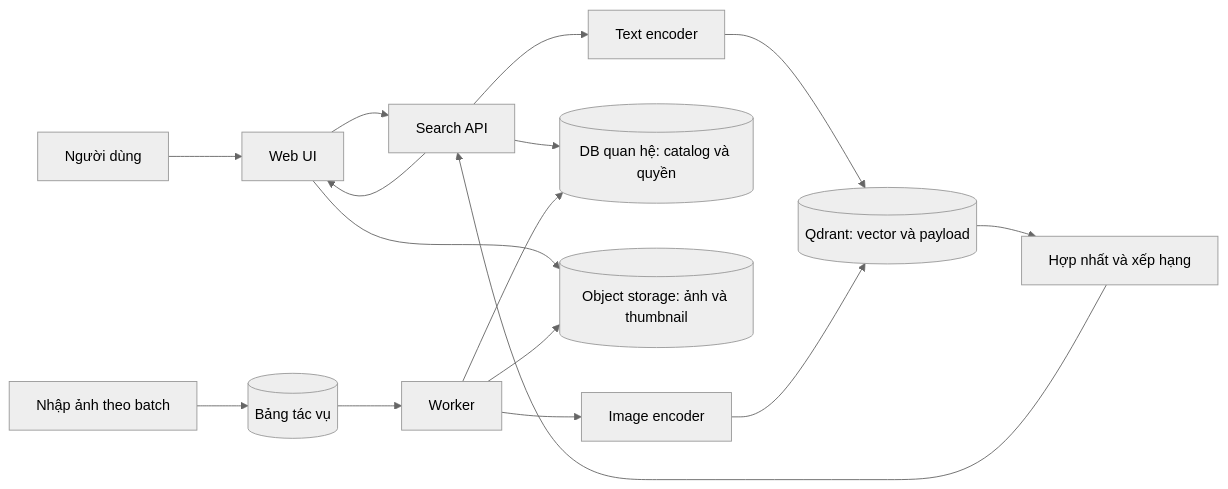
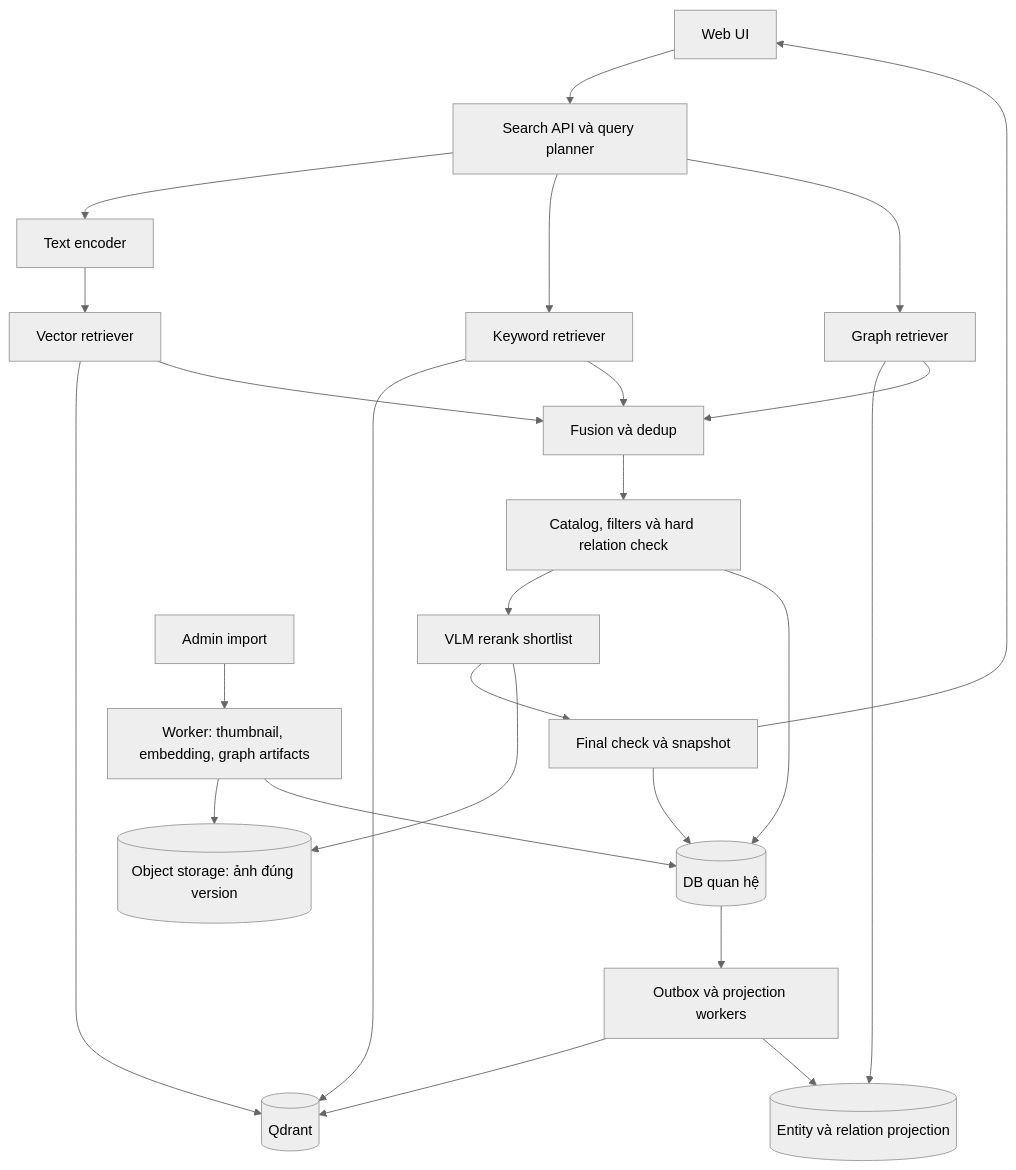
Before and after one commit to thong0609/image-search: the diagram in docs/mvp-architecture.md, drawn with Mermaid (neutral theme). The commit also changed other lines of this file and 16 other files, not shown here.

````diff
--- a/docs/mvp-architecture.md
+++ b/docs/mvp-architecture.md
@@ -64,18 +70,27 @@
 ```mermaid
-flowchart LR
-    U[Người dùng] --> UI[Web UI]
-    UI --> API[Search API]
+flowchart TD
+    U[Web UI] --> API[Search API và query planner]
     API --> TE[Text encoder]
-    TE --> QD[(Qdrant: vector và payload)]
-    API --> DB[(DB quan hệ: catalog và quyền)]
-    QD --> R[Hợp nhất và xếp hạng]
-    R --> API
-    API --> UI
-    UI --> STORE[(Object storage: ảnh và thumbnail)]
-    ADMIN[Nhập ảnh theo batch] --> JOB[(Bảng tác vụ)]
-    JOB --> W[Worker]
-    W --> IE[Image encoder]
-    IE --> QD
+    TE --> V[Vector retriever]
+    API --> K[Keyword retriever]
+    V --> QD[(Qdrant)]
+    K --> QD
+    API --> G[Graph retriever]
+    G --> GRAPH[(Entity và relation projection)]
+    V --> F[Fusion và dedup]
+    K --> F
+    G --> F
+    F --> CHECK[Catalog, filters và hard relation check]
+    CHECK --> VLM[VLM rerank shortlist]
+    VLM --> FINAL[Final check và snapshot]
+    FINAL --> U
+    CHECK --> DB[(DB quan hệ)]
+    FINAL --> DB
+    VLM --> STORE[(Object storage: ảnh đúng version)]
+    ADMIN[Admin import] --> W[Worker: thumbnail, embedding, graph artifacts]
     W --> STORE
     W --> DB
+    DB --> SYNC[Outbox và projection workers]
+    SYNC --> QD
+    SYNC --> GRAPH
 ```
````
